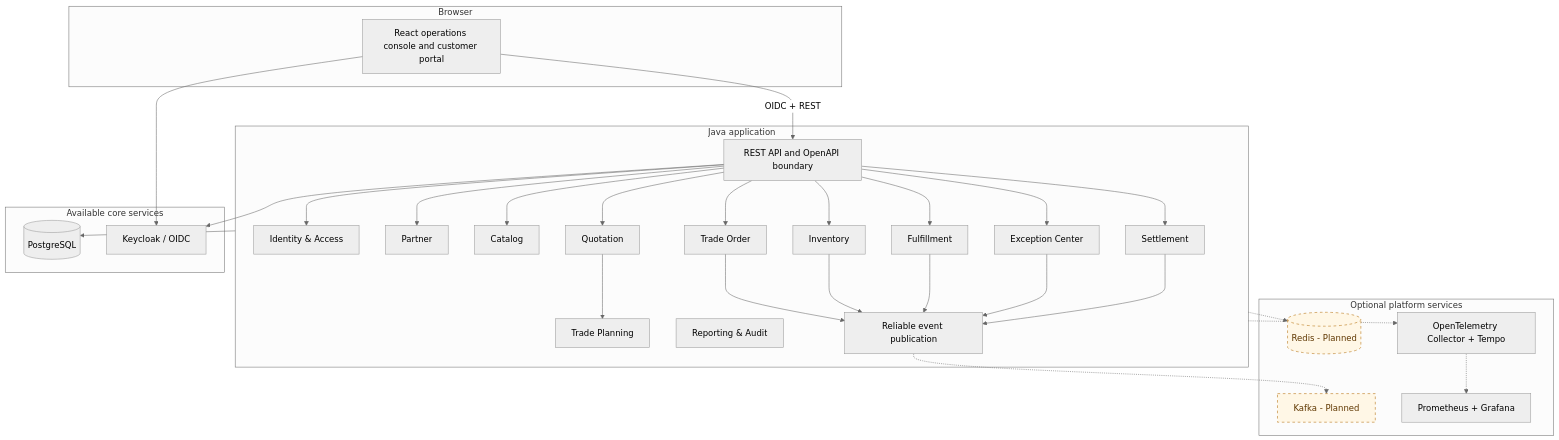
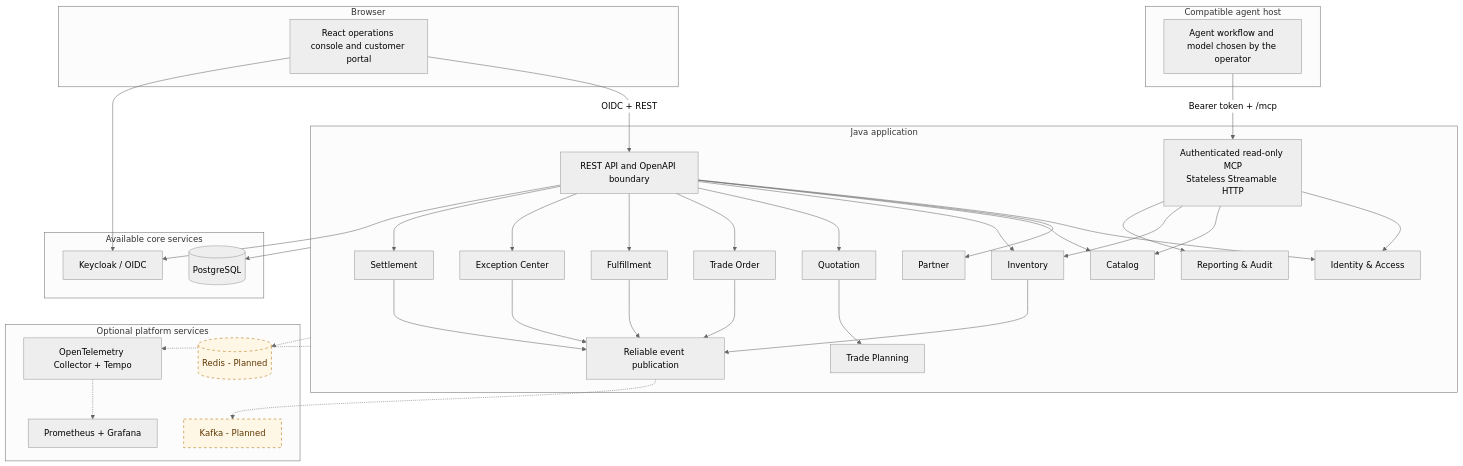
Before and after one commit to RomanticHW/cellarbridge-platform: the second of 4 diagrams in README.md, drawn with Mermaid (neutral theme). The commit also changed other lines of this file and 23 other files, not shown here.

Commit message:
docs(mcp): publish agent capabilities and operating evidence

````diff
--- a/README.md
+++ b/README.md
@@ -70,61 +82,71 @@
 ```mermaid
 flowchart TB
     subgraph Browser[Browser]
         UI[React operations console and customer portal]
     end
 
+    subgraph AgentRuntime[Compatible agent host]
+        AGENT[Agent workflow and model chosen by the operator]
+    end
+
     subgraph App[Java application]
         API[REST API and OpenAPI boundary]
+        MCP[Authenticated read-only MCP<br/>Stateless Streamable HTTP]
         IAM[Identity & Access]
         PAR[Partner]
         CAT[Catalog]
         INV[Inventory]
         QUO[Quotation]
         TRD[Trade Planning]
         ORD[Trade Order]
         FUL[Fulfillment]
         EXC[Exception Center]
         SET[Settlement]
         REP[Reporting & Audit]
         EVT[Reliable event publication]
     end
 
     subgraph CorePlatform[Available core services]
         PG[(PostgreSQL)]
         KC[Keycloak / OIDC]
     end
 
     subgraph OptionalPlatform[Optional platform services]
         REDIS[(Redis - Planned)]
         KAFKA[Kafka - Planned]
         OTEL[OpenTelemetry Collector + Tempo]
         METRICS[Prometheus + Grafana]
     end
 
     UI -->|OIDC + REST| API
+    AGENT -->|Bearer token + /mcp| MCP
     API --> IAM
     API --> PAR
     API --> CAT
     API --> INV
     API --> QUO
     API --> ORD
     API --> FUL
     API --> EXC
     API --> SET
+    MCP --> IAM
+    MCP --> CAT
+    MCP --> INV
+    MCP --> REP
     QUO --> TRD
     ORD --> EVT
     INV --> EVT
     FUL --> EVT
     EXC --> EVT
     SET --> EVT
     EVT -.-> KAFKA
     App --> PG
     App -.-> REDIS
     UI --> KC
     API --> KC
     App -.-> OTEL
     OTEL -.-> METRICS
 
     classDef planned fill:#fff7e6,stroke:#b26a00,color:#5f3700,stroke-dasharray:5 5;
     class REDIS,KAFKA planned;
 ```
````
